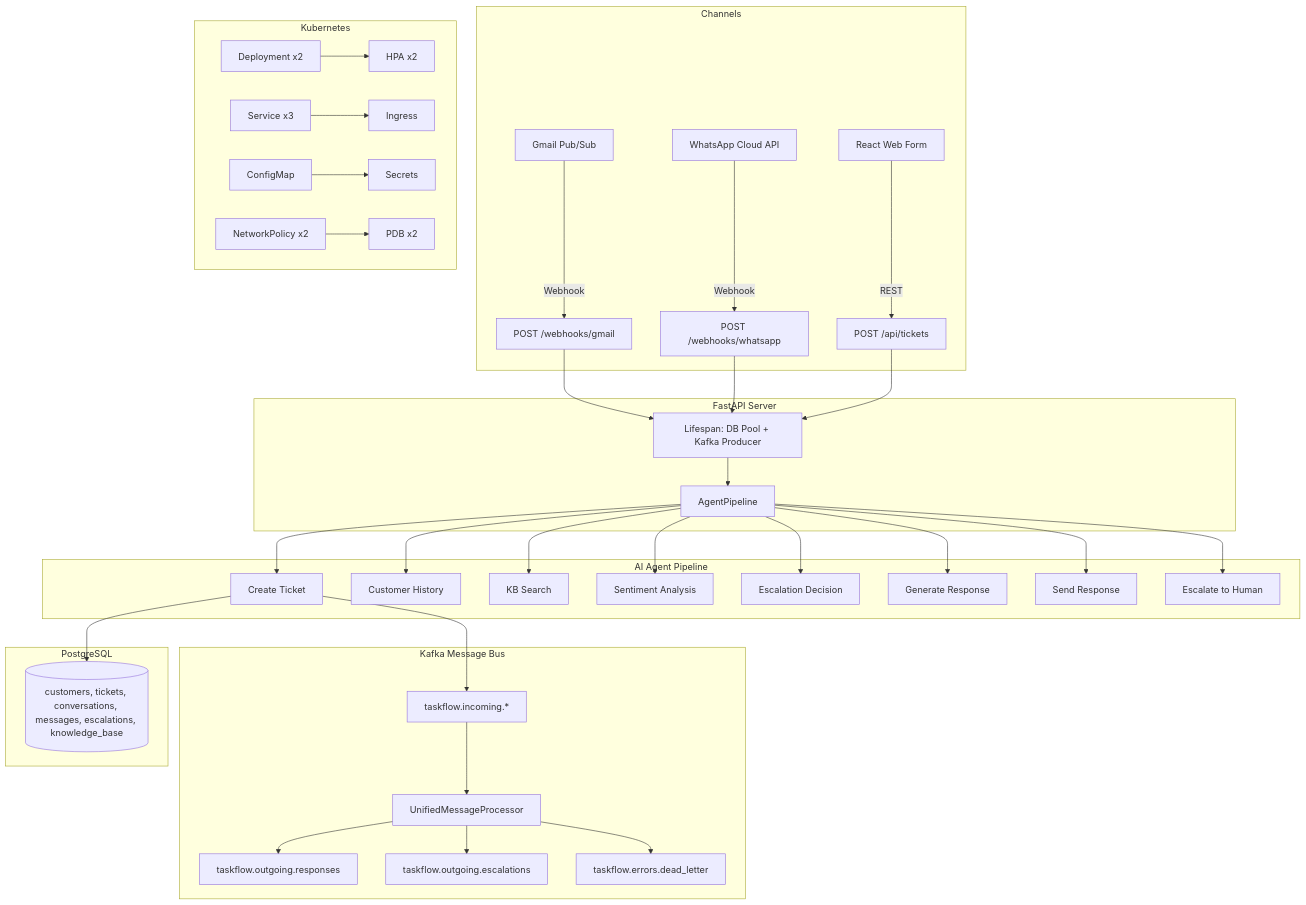
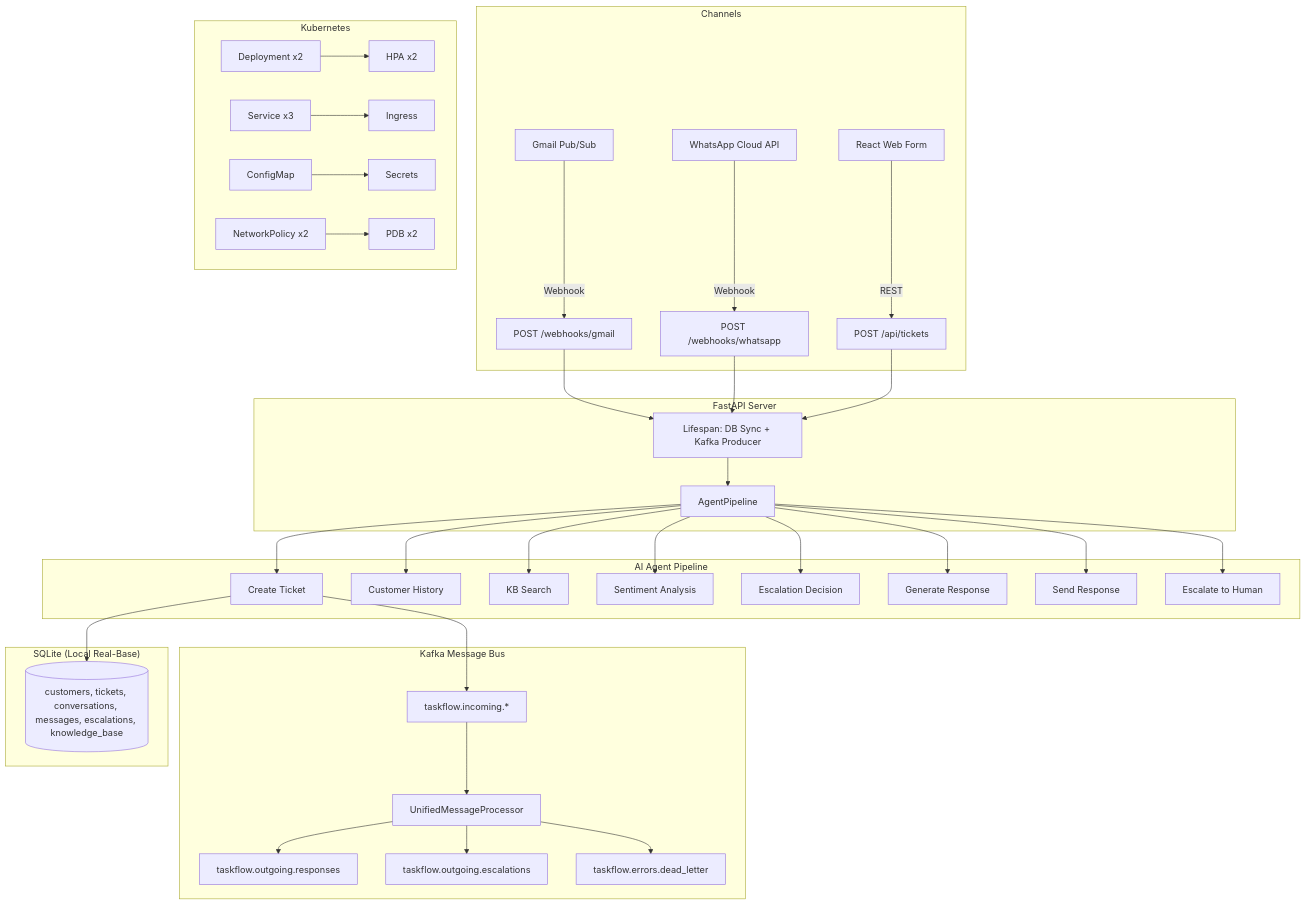
Before and after one commit to shamanaz12/hackathone_five: the diagram in README.md, drawn with Mermaid. The commit also changed other lines of this file and 36 other files, not shown here.

````diff
--- a/README.md
+++ b/README.md
@@ -52,45 +52,45 @@
 ```mermaid
 graph TB
     subgraph Channels
         A[Gmail Pub/Sub] -->|Webhook| GW[POST /webhooks/gmail]
         B[WhatsApp Cloud API] -->|Webhook| WW[POST /webhooks/whatsapp]
         C[React Web Form] -->|REST| WT[POST /api/tickets]
     end
 
     subgraph "FastAPI Server"
-        GW --> LP[Lifespan: DB Pool + Kafka Producer]
+        GW --> LP[Lifespan: DB Sync + Kafka Producer]
         WW --> LP
         WT --> LP
         LP --> AP[AgentPipeline]
     end
 
     subgraph "AI Agent Pipeline"
         AP --> CT[Create Ticket]
         AP --> CH[Customer History]
         AP --> KB[KB Search]
         AP --> SA[Sentiment Analysis]
         AP --> ED[Escalation Decision]
         AP --> GR[Generate Response]
         AP --> SR[Send Response]
         AP --> EH[Escalate to Human]
     end
 
     subgraph "Kafka Message Bus"
         CT --> T1[taskflow.incoming.*]
         T1 --> MP[UnifiedMessageProcessor]
         MP --> T2[taskflow.outgoing.responses]
         MP --> T3[taskflow.outgoing.escalations]
         MP --> DLQ[taskflow.errors.dead_letter]
     end
 
-    subgraph "PostgreSQL"
+    subgraph "SQLite (Local Real-Base)"
         CT --> DB[(customers, tickets, conversations, messages, escalations, knowledge_base)]
     end
 
     subgraph "Kubernetes"
         K1[Deployment x2] --> K2[HPA x2]
         K3[Service x3] --> K4[Ingress]
         K5[ConfigMap] --> K6[Secrets]
         K7[NetworkPolicy x2] --> K8[PDB x2]
     end
 ```
````
